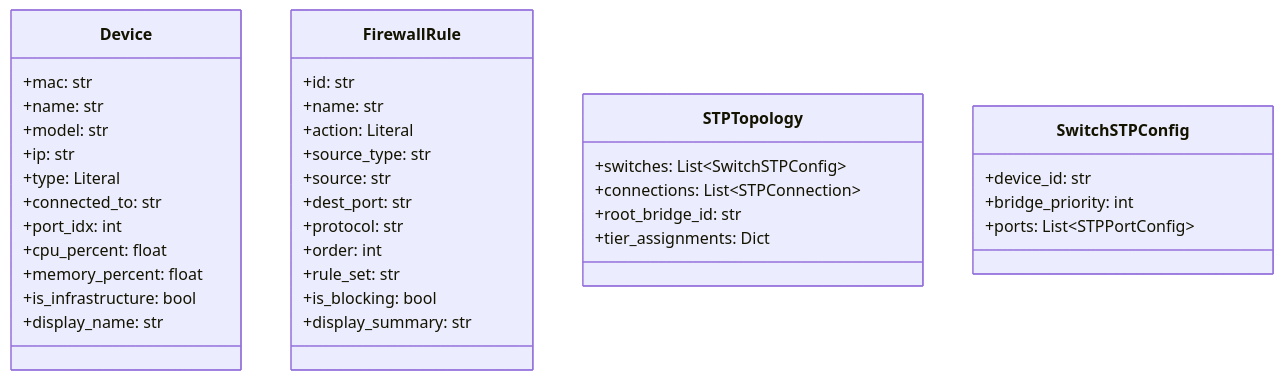
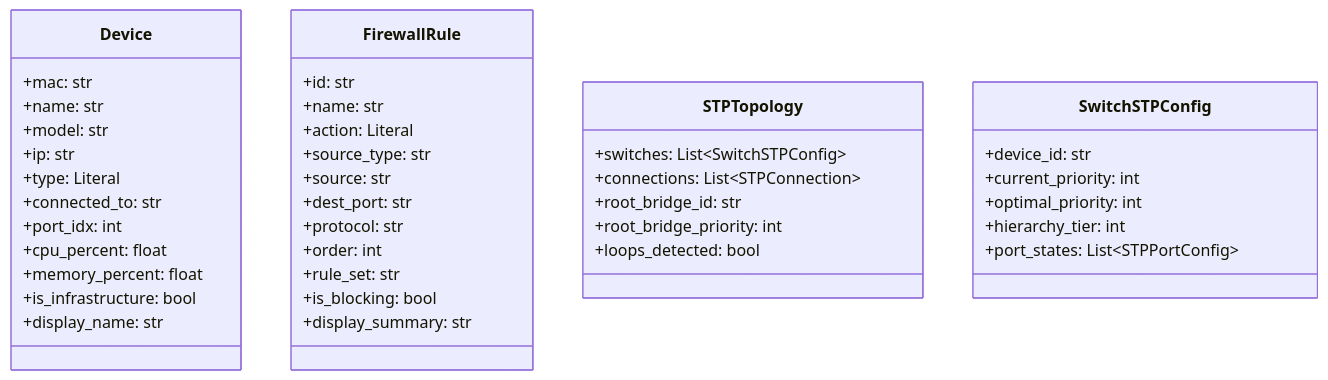
Before and after one commit to NetDevAutomate/unifi_management_cli: the seventh of 16 diagrams in docs/architecture/codemap.md, drawn with Mermaid. The commit also changed 2 other files, not shown here.

Commit message:
docs(architecture): match the class views to the code
An AST check of every class diagram against src/ found members that
don't exist:

- codemap.md: STPTopology.tier_assignments and SwitchSTPConfig's
  bridge_priority and ports; the models hold root_bridge_priority,
  loops_detected, current_priority, optimal_priority, hierarchy_tier
  and port_states;
- unifi-protect-mqtt.md: EventHandler.unsubscribe and _dispatch, and
  MQTTBridge._publish_event; models.py holds Pydantic models, not
  dataclasses, and repository.py is a device cache;
- mcp-automation.md: a FastMCPServer class that isn't in the code. The
  view now shows the server.py meta-tools, UnifiFastMCP, ToolRunner and
  ToolCatalog next to the registry classes.

````diff
--- a/docs/architecture/codemap.md
+++ b/docs/architecture/codemap.md
@@ -749,43 +749,46 @@
 ```mermaid
 classDiagram
     class Device {
         +mac: str
         +name: str
         +model: str
         +ip: str
         +type: Literal
         +connected_to: str
         +port_idx: int
         +cpu_percent: float
         +memory_percent: float
         +is_infrastructure: bool
         +display_name: str
     }
 
     class FirewallRule {
         +id: str
         +name: str
         +action: Literal
         +source_type: str
         +source: str
         +dest_port: str
         +protocol: str
         +order: int
         +rule_set: str
         +is_blocking: bool
         +display_summary: str
     }
 
     class STPTopology {
         +switches: List~SwitchSTPConfig~
         +connections: List~STPConnection~
         +root_bridge_id: str
-        +tier_assignments: Dict
+        +root_bridge_priority: int
+        +loops_detected: bool
     }
 
     class SwitchSTPConfig {
         +device_id: str
-        +bridge_priority: int
-        +ports: List~STPPortConfig~
+        +current_priority: int
+        +optimal_priority: int
+        +hierarchy_tier: int
+        +port_states: List~STPPortConfig~
     }
 ```
````
